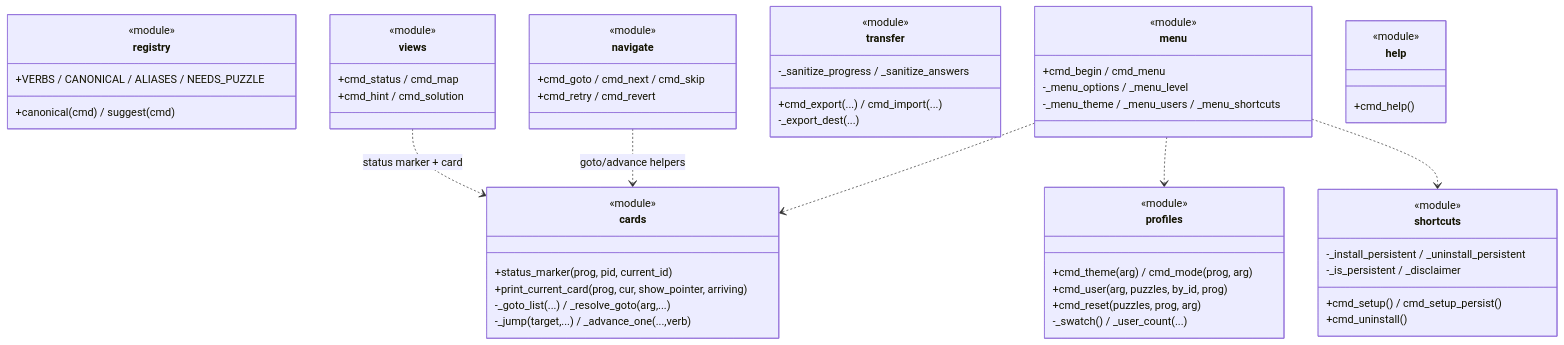
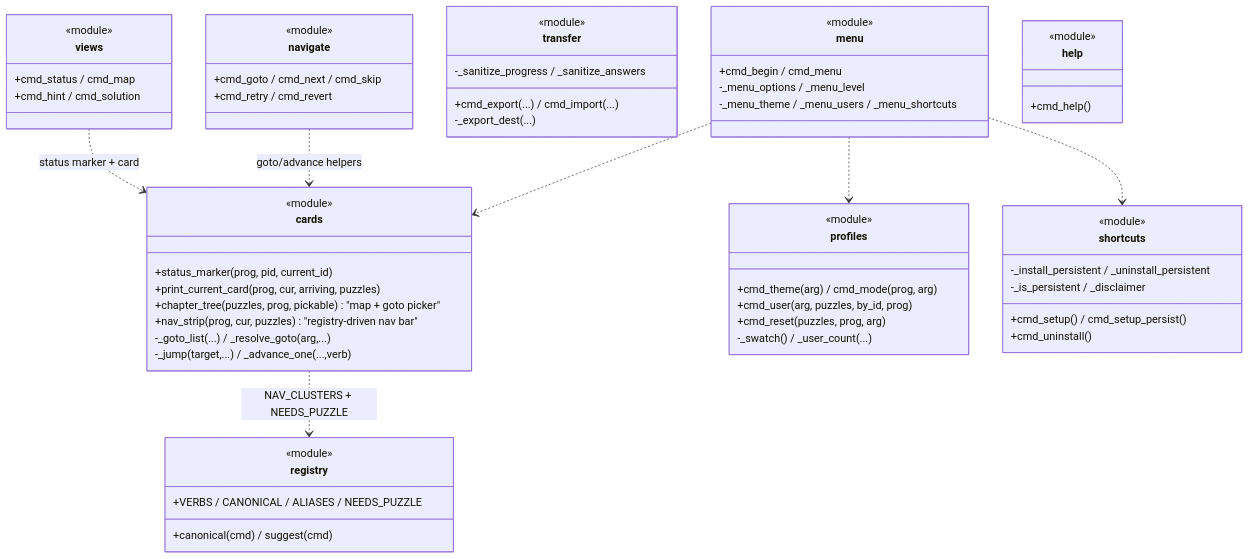
One commit to N041M/PyQuest changed the second of 4 diagrams in docs/architecture/commands.md. Above: the diagram before and after it, drawn with Mermaid. The commit also changed other lines of this file and 11 other files, not shown here.

First line of the commit message:
Unify navigation panes behind a shared nav strip and opener

````diff
--- a/docs/architecture/commands.md
+++ b/docs/architecture/commands.md
@@ -41,60 +41,63 @@
 ```mermaid
 classDiagram
     class registry {
         <<module>>
         +VERBS / CANONICAL / ALIASES / NEEDS_PUZZLE
         +canonical(cmd) / suggest(cmd)
     }
     class cards {
         <<module>>
         +status_marker(prog, pid, current_id)
-        +print_current_card(prog, cur, show_pointer, arriving)
+        +print_current_card(prog, cur, arriving, puzzles)
+        +chapter_tree(puzzles, prog, pickable)  "map + goto picker"
+        +nav_strip(prog, cur, puzzles)  "registry-driven nav bar"
         -_goto_list(...) / _resolve_goto(arg,...)
         -_jump(target,...) / _advance_one(...,verb)
     }
     class views {
         <<module>>
         +cmd_status / cmd_map
         +cmd_hint / cmd_solution
     }
     class navigate {
         <<module>>
         +cmd_goto / cmd_next / cmd_skip
         +cmd_retry / cmd_revert
     }
     class profiles {
         <<module>>
         +cmd_theme(arg) / cmd_mode(prog, arg)
         +cmd_user(arg, puzzles, by_id, prog)
         +cmd_reset(puzzles, prog, arg)
         -_swatch() / _user_count(...)
     }
     class transfer {
         <<module>>
         +cmd_export(...) / cmd_import(...)
         -_export_dest(...)
         -_sanitize_progress / _sanitize_answers
     }
     class shortcuts {
         <<module>>
         +cmd_setup() / cmd_setup_persist()
         +cmd_uninstall()
         -_install_persistent / _uninstall_persistent
         -_is_persistent / _disclaimer
     }
     class menu {
         <<module>>
         +cmd_begin / cmd_menu
         -_menu_options / _menu_level
         -_menu_theme / _menu_users / _menu_shortcuts
     }
     class help {
         <<module>>
         +cmd_help()
     }
     views ..> cards : status marker + card
     navigate ..> cards : goto/advance helpers
     menu ..> cards
     menu ..> profiles
     menu ..> shortcuts
+    cards ..> registry : NAV_CLUSTERS + NEEDS_PUZZLE
 ```
````
